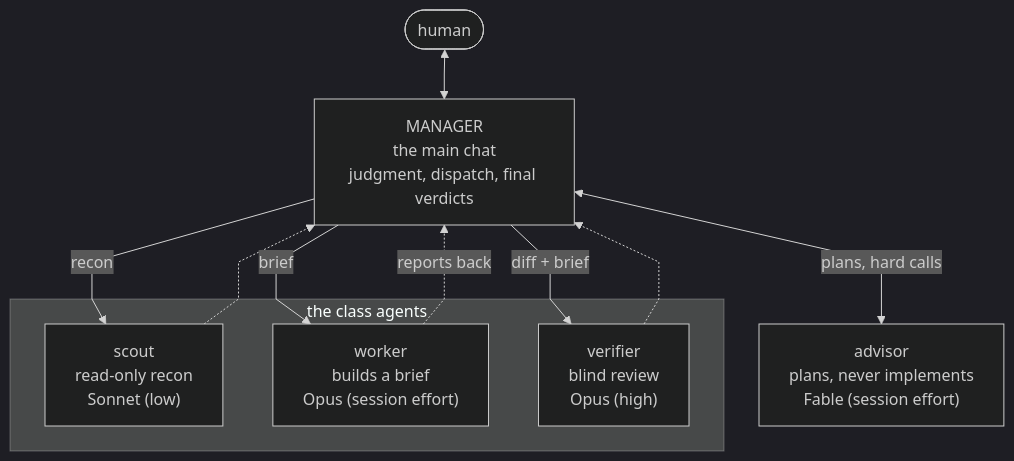
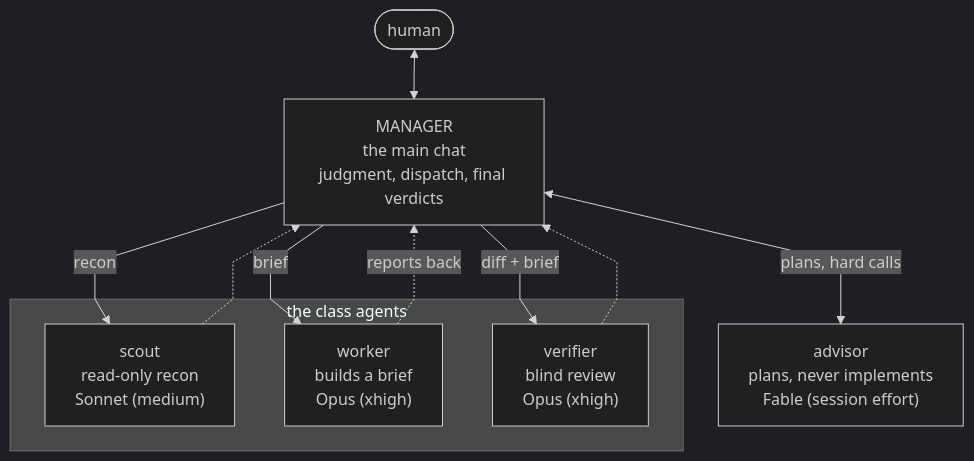
The second of 2 diagrams in README.md (itw-creative-works/workkit), drawn with Mermaid (dark theme) before and after one commit. The commit also changed other lines of this file and 46 other files, not shown here.

````diff
--- a/README.md
+++ b/README.md
@@ -35,23 +35,23 @@
 ```mermaid
 %%{init: {"flowchart": {"curve": "linear"}}}%%
 flowchart TB
     Human([human])
     Manager["MANAGER<br>the main chat<br>judgment, dispatch, final verdicts"]
     Advisor["advisor<br>plans, never implements<br>Fable (session effort)"]
 
     Human <--> Manager
     Manager <-->|plans, hard calls| Advisor
 
     subgraph Crew["the class agents"]
-        Scout["scout<br>read-only recon<br>Sonnet (low)"]
-        Worker["worker<br>builds a brief<br>Opus (session effort)"]
-        Verifier["verifier<br>blind review<br>Opus (high)"]
+        Scout["scout<br>read-only recon<br>Sonnet (medium)"]
+        Worker["worker<br>builds a brief<br>Opus (xhigh)"]
+        Verifier["verifier<br>blind review<br>Opus (xhigh)"]
     end
 
     Manager -->|recon| Scout
     Manager -->|brief| Worker
     Manager -->|diff + brief| Verifier
     Scout -.-> Manager
     Worker -.->|reports back| Manager
     Verifier -.-> Manager
 ```
````
